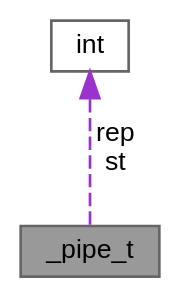
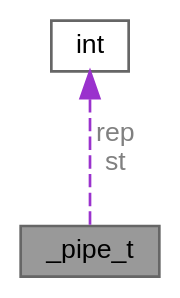
Before and after one commit to XmacsLabs/lolly: the diagram in struct__pipe__t__coll__graph.dot, drawn with Graphviz. The commit also changed 1313 other files, not shown here.

```diff
--- a/struct__pipe__t__coll__graph.dot
+++ b/struct__pipe__t__coll__graph.dot
@@ -1,10 +1,10 @@
 digraph "_pipe_t"
 {
  // LATEX_PDF_SIZE
   bgcolor="transparent";
   edge [fontname=Helvetica,fontsize=10,labelfontname=Helvetica,labelfontsize=10];
   node [fontname=Helvetica,fontsize=10,shape=box,height=0.2,width=0.4];
-  Node1 [label="_pipe_t",height=0.2,width=0.4,color="gray40", fillcolor="grey60", style="filled", fontcolor="black",tooltip=" "];
-  Node2 -> Node1 [dir="back",color="darkorchid3",style="dashed",label=" rep\nst" ];
-  Node2 [label="int",height=0.2,width=0.4,color="gray40", fillcolor="white", style="filled",tooltip=" "];
+  Node1 [id="Node000001",label="_pipe_t",height=0.2,width=0.4,color="gray40", fillcolor="grey60", style="filled", fontcolor="black",tooltip=" "];
+  Node2 -> Node1 [id="edge1_Node000001_Node000002",dir="back",color="darkorchid3",style="dashed",tooltip=" ",label=" rep\nst",fontcolor="grey" ];
+  Node2 [id="Node000002",label="int",height=0.2,width=0.4,color="gray40", fillcolor="white", style="filled",tooltip=" "];
 }
```
